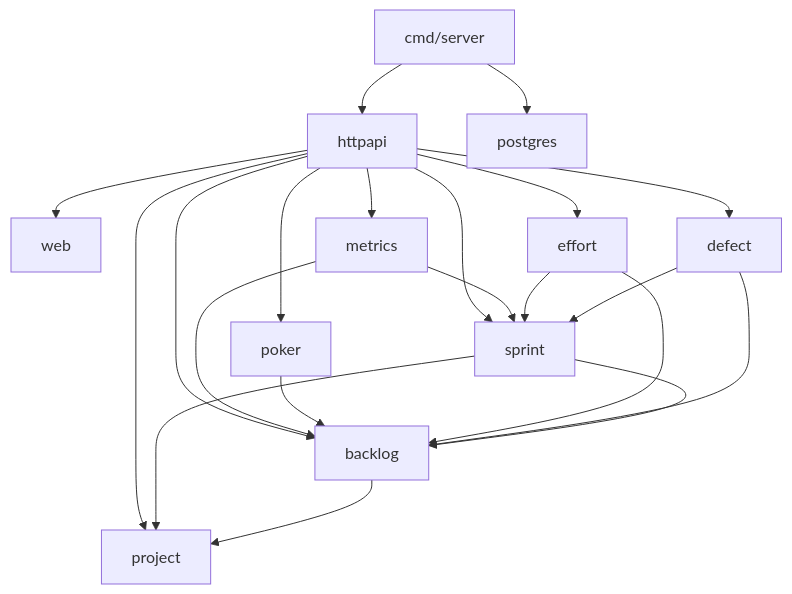
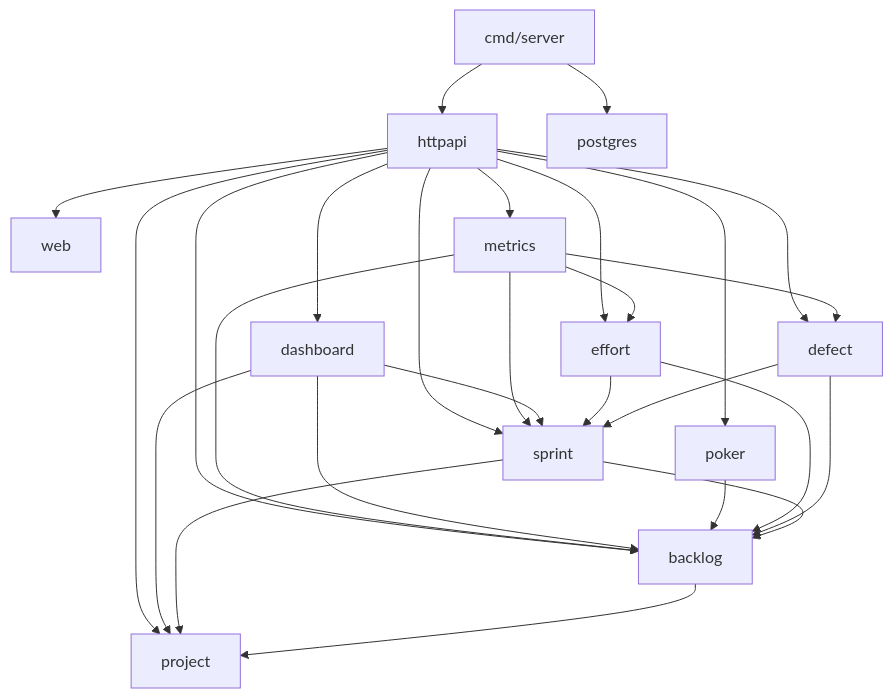
One commit to Elwilsonic/seguimiento-medicion-GPC changed the diagram in docs/documentacion-tecnica.md. Above: the diagram before and after it, drawn with Mermaid. The commit also changed other lines of this file, not shown here.

First line of the commit message:
docs(TEC-06): actualizar la documentación técnica con el Sprint 4

````diff
--- a/docs/documentacion-tecnica.md
+++ b/docs/documentacion-tecnica.md
@@ -47,23 +48,29 @@
 ```mermaid
 graph TD
     main[cmd/server] --> httpapi
     main --> postgres
     httpapi --> web
     httpapi --> metrics
+    httpapi --> dashboard
     httpapi --> poker
     httpapi --> effort
     httpapi --> defect
     httpapi --> project
     httpapi --> backlog
     httpapi --> sprint
     metrics --> sprint
     metrics --> backlog
+    metrics --> effort
+    metrics --> defect
+    dashboard --> project
+    dashboard --> backlog
+    dashboard --> sprint
     poker --> backlog
     effort --> sprint
     effort --> backlog
     defect --> sprint
     defect --> backlog
     sprint --> backlog
     sprint --> project
     backlog --> project
 ```
````
